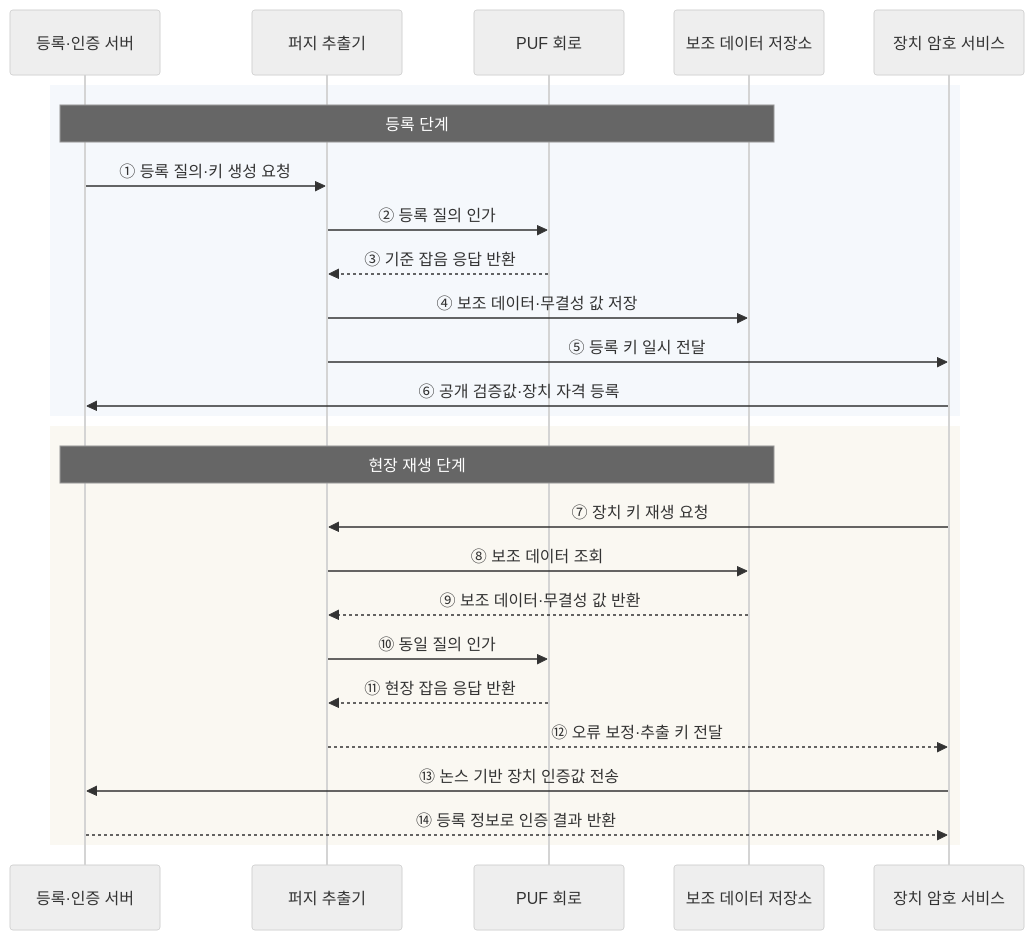
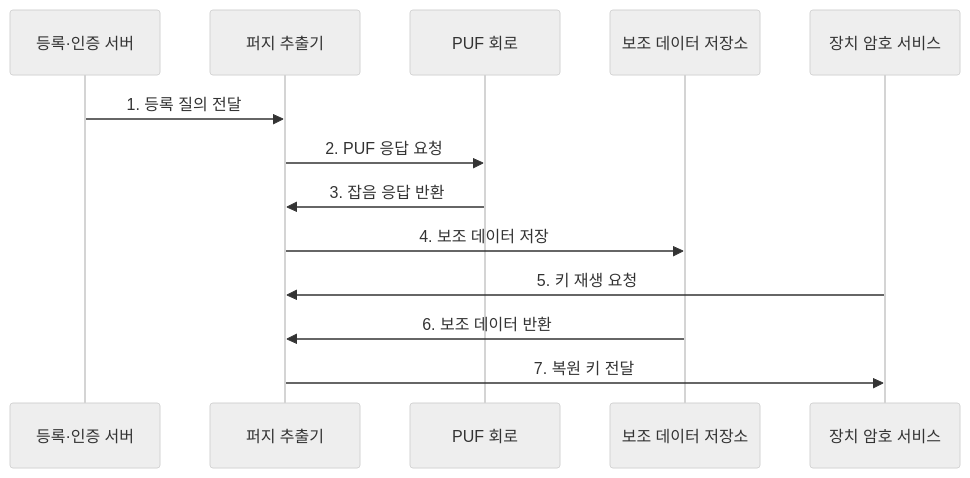
One commit to agnusdei1207/knowledge-base changed the second of 2 diagrams in src/content/docs/notes/02-hardware/070_physical_unclonable_function.md. Above: the diagram before and after it, drawn with Mermaid (neutral theme). The commit also changed other lines of this file and 20 other files, not shown here.

````diff
--- a/src/content/docs/notes/02-hardware/070_physical_unclonable_function.md
+++ b/src/content/docs/notes/02-hardware/070_physical_unclonable_function.md
@@ -87,29 +90,16 @@
 ```mermaid
 sequenceDiagram
     participant E as 등록·인증 서버
     participant F as 퍼지 추출기
     participant P as PUF 회로
     participant H as 보조 데이터 저장소
     participant C as 장치 암호 서비스
 
-    rect rgb(245, 248, 252)
-        Note over E,H: 등록 단계
-        E->>F: ① 등록 질의·키 생성 요청
-        F->>P: ② 등록 질의 인가
-        P-->>F: ③ 기준 잡음 응답 반환
-        F->>H: ④ 보조 데이터·무결성 값 저장
-        F->>C: ⑤ 등록 키 일시 전달
-        C->>E: ⑥ 공개 검증값·장치 자격 등록
-    end
-    rect rgb(250, 248, 242)
-        Note over E,H: 현장 재생 단계
-        C->>F: ⑦ 장치 키 재생 요청
-        F->>H: ⑧ 보조 데이터 조회
-        H-->>F: ⑨ 보조 데이터·무결성 값 반환
-        F->>P: ⑩ 동일 질의 인가
-        P-->>F: ⑪ 현장 잡음 응답 반환
-        F-->>C: ⑫ 오류 보정·추출 키 전달
-        C->>E: ⑬ 논스 기반 장치 인증값 전송
-        E-->>C: ⑭ 등록 정보로 인증 결과 반환
-    end
+    E->>F: 1. 등록 질의 전달
+    F->>P: 2. PUF 응답 요청
+    P->>F: 3. 잡음 응답 반환
+    F->>H: 4. 보조 데이터 저장
+    C->>F: 5. 키 재생 요청
+    H->>F: 6. 보조 데이터 반환
+    F->>C: 7. 복원 키 전달
 ```
````
